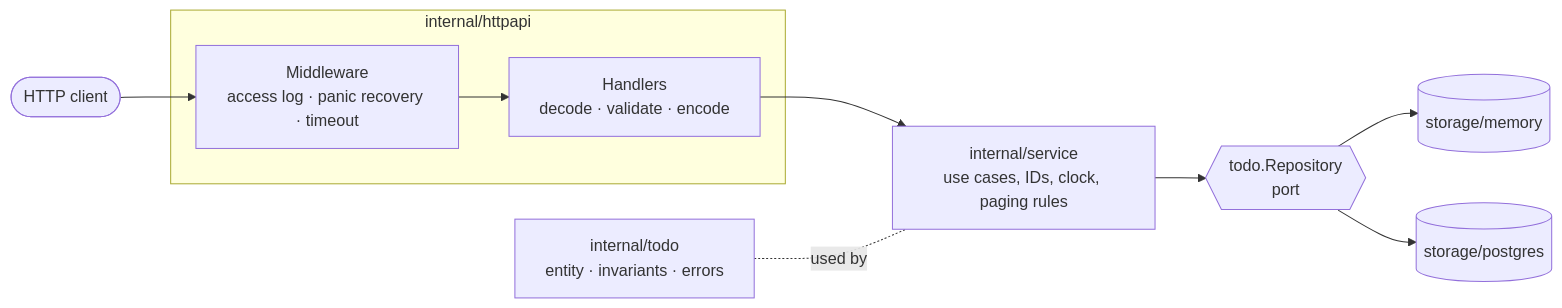
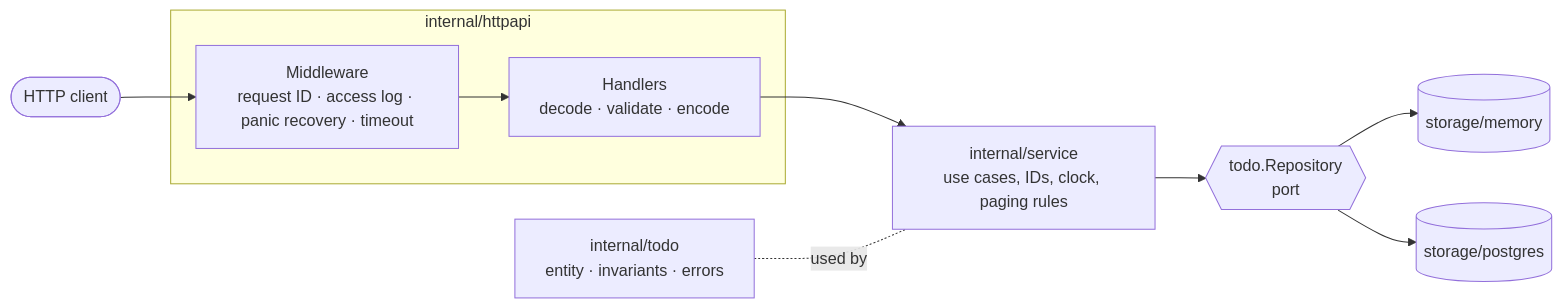
One commit to mirza76/todo-service changed the first of 2 diagrams in README.md. Above: the diagram before and after it, drawn with Mermaid. The commit also changed other lines of this file and 6 other files, not shown here.

````diff
--- a/README.md
+++ b/README.md
@@ -47,15 +48,15 @@
 ```mermaid
 flowchart LR
     client([HTTP client]) --> mw
 
     subgraph httpapi [internal/httpapi]
-        mw[Middleware<br/>access log · panic recovery · timeout] --> h[Handlers<br/>decode · validate · encode]
+        mw[Middleware<br/>request ID · access log · panic recovery · timeout] --> h[Handlers<br/>decode · validate · encode]
     end
 
     h --> svc[internal/service<br/>use cases, IDs, clock, paging rules]
     svc --> port{{todo.Repository<br/>port}}
     port --> mem[(storage/memory)]
     port --> pg[(storage/postgres)]
 
     domain[internal/todo<br/>entity · invariants · errors] -. used by .- svc
 ```
````
